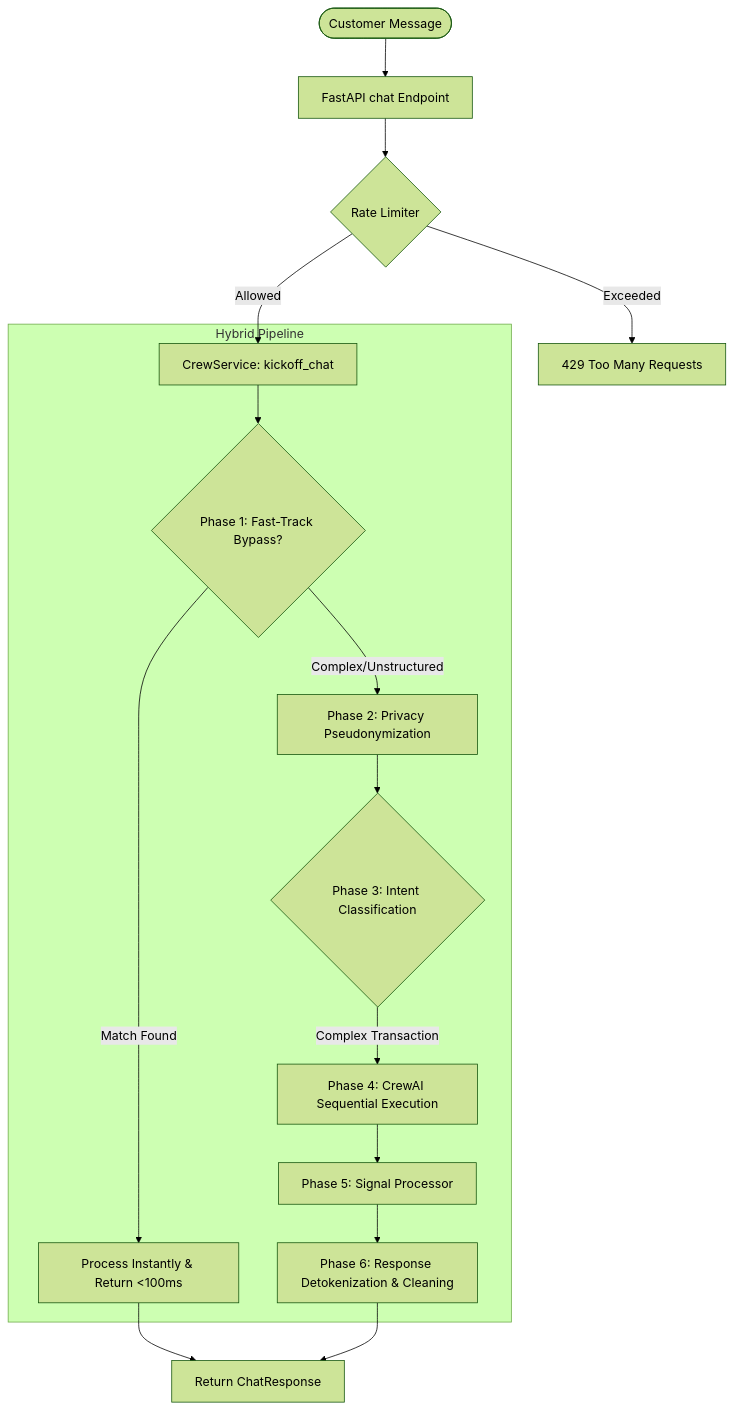
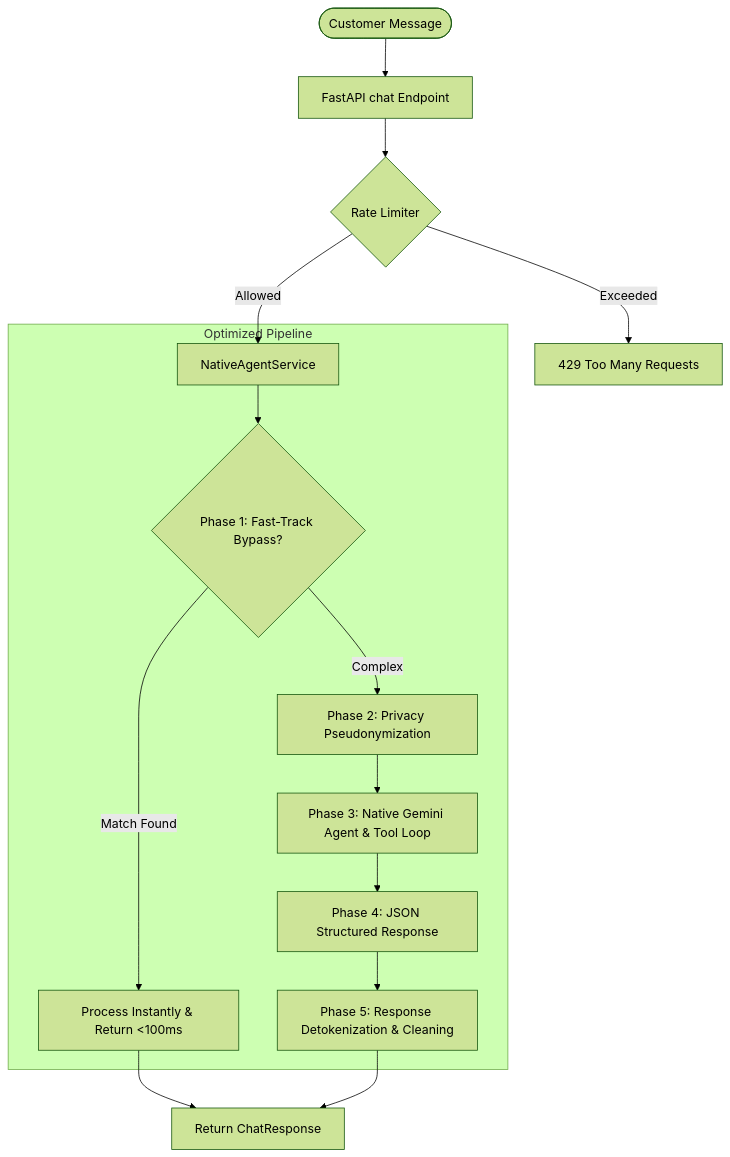
The diagram in backend/README.md (AliAlTaweel/ai_customer_support), drawn with Mermaid (forest theme) before and after one commit. The commit also changed other lines of this file, not shown here.

Commit message:
docs: update README to reflect Native Gemini & Pydantic architecture

````diff
--- a/backend/README.md
+++ b/backend/README.md
@@ -50,22 +43,20 @@
 ```mermaid
 graph TD
     User([Customer Message]) --> API[FastAPI chat Endpoint]
     API --> RateLimit{Rate Limiter}
     RateLimit -- "Exceeded" --> Err429[429 Too Many Requests]
-    RateLimit -- "Allowed" --> CrewKickoff[CrewService: kickoff_chat]
+    RateLimit -- "Allowed" --> Agent[NativeAgentService]
     
-    subgraph "Hybrid Pipeline"
-        CrewKickoff --> FastTrack{Phase 1: Fast-Track Bypass?}
+    subgraph "Optimized Pipeline"
+        Agent --> FastTrack{Phase 1: Fast-Track Bypass?}
         FastTrack -- "Match Found" --> FastResp[Process Instantly & Return <100ms]
         
-        FastTrack -- "Complex/Unstructured" --> Scrub[Phase 2: Privacy Pseudonymization]
-        Scrub --> Router{Phase 3: Intent Classification}
-        
-        Router -- "Complex Transaction" --> CrewAI[Phase 4: CrewAI Sequential Execution]
-        CrewAI --> SignalProc[Phase 5: Signal Processor]
-        SignalProc --> Clean[Phase 6: Response Detokenization & Cleaning]
+        FastTrack -- "Complex" --> Scrub[Phase 2: Privacy Pseudonymization]
+        Scrub --> NativeGemini[Phase 3: Native Gemini Agent & Tool Loop]
+        NativeGemini --> StructuredOut[Phase 4: JSON Structured Response]
+        StructuredOut --> Clean[Phase 5: Response Detokenization & Cleaning]
     end
     
     FastResp --> Return[Return ChatResponse]
     Clean --> Return
 ```
````
